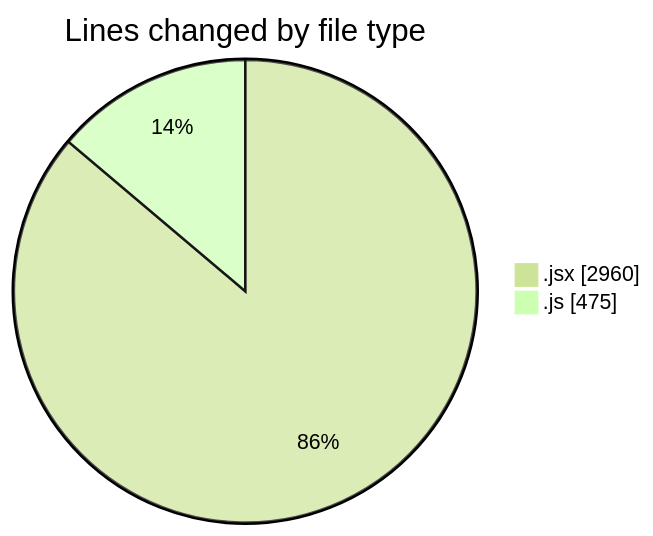
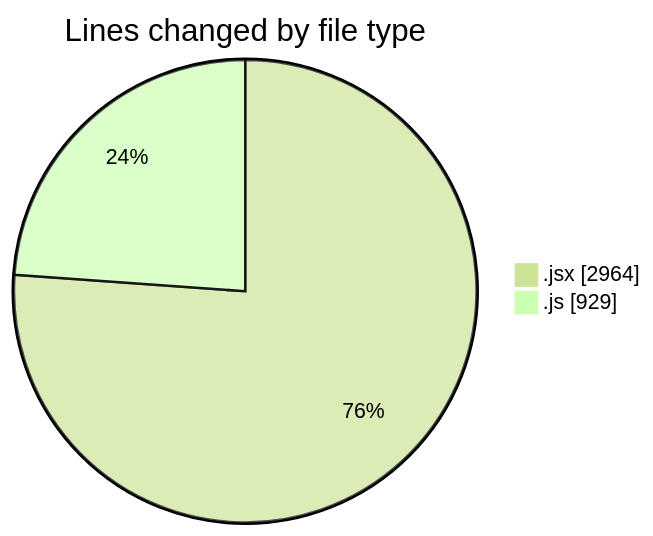
One commit to nxtqubesakshisongat/code-tracking changed the first of 2 diagrams in 2025-07-19/nxtqube_webapp/README.md. Above: the diagram before and after it, drawn with Mermaid (forest theme). The commit also changed other lines of this file and 1 other file, not shown here.

````diff
--- a/2025-07-19/nxtqube_webapp/README.md
+++ b/2025-07-19/nxtqube_webapp/README.md
@@ -25,6 +28,6 @@
 ```mermaid
 pie showData
 title Lines changed by file type
-".jsx" : 2960
-".js" : 475
+".jsx" : 2964
+".js" : 929
 ```
````
